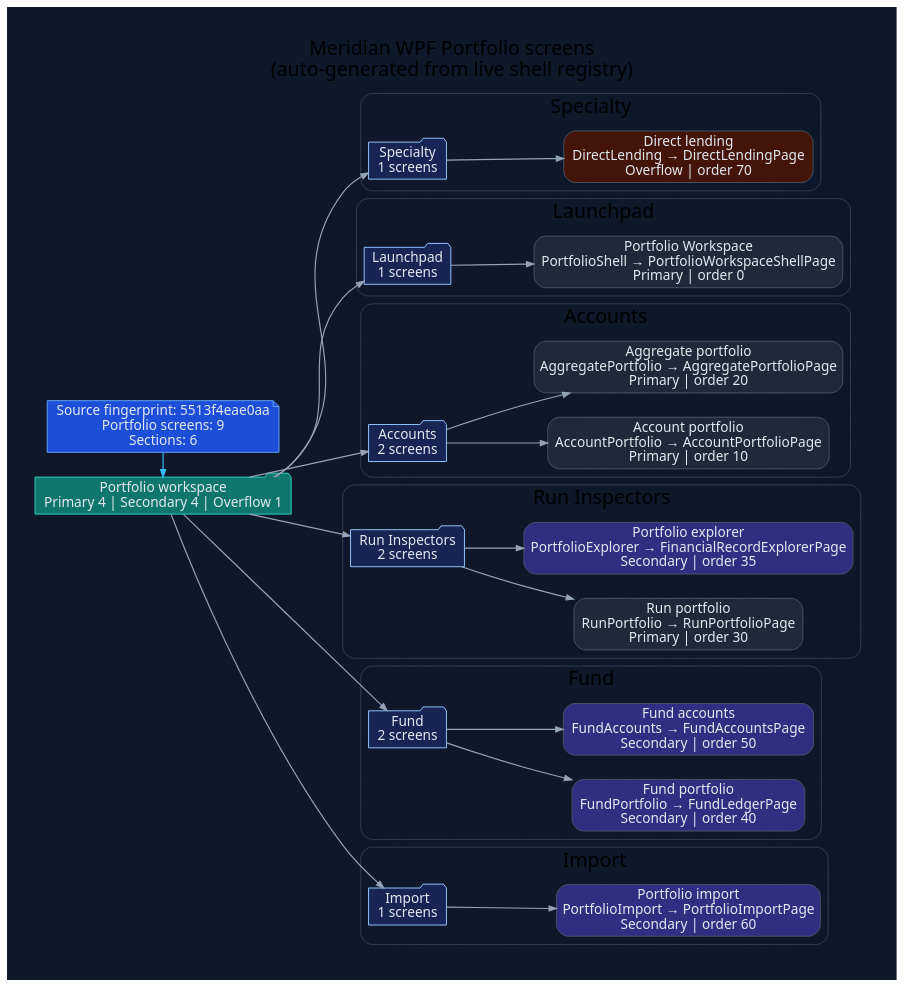
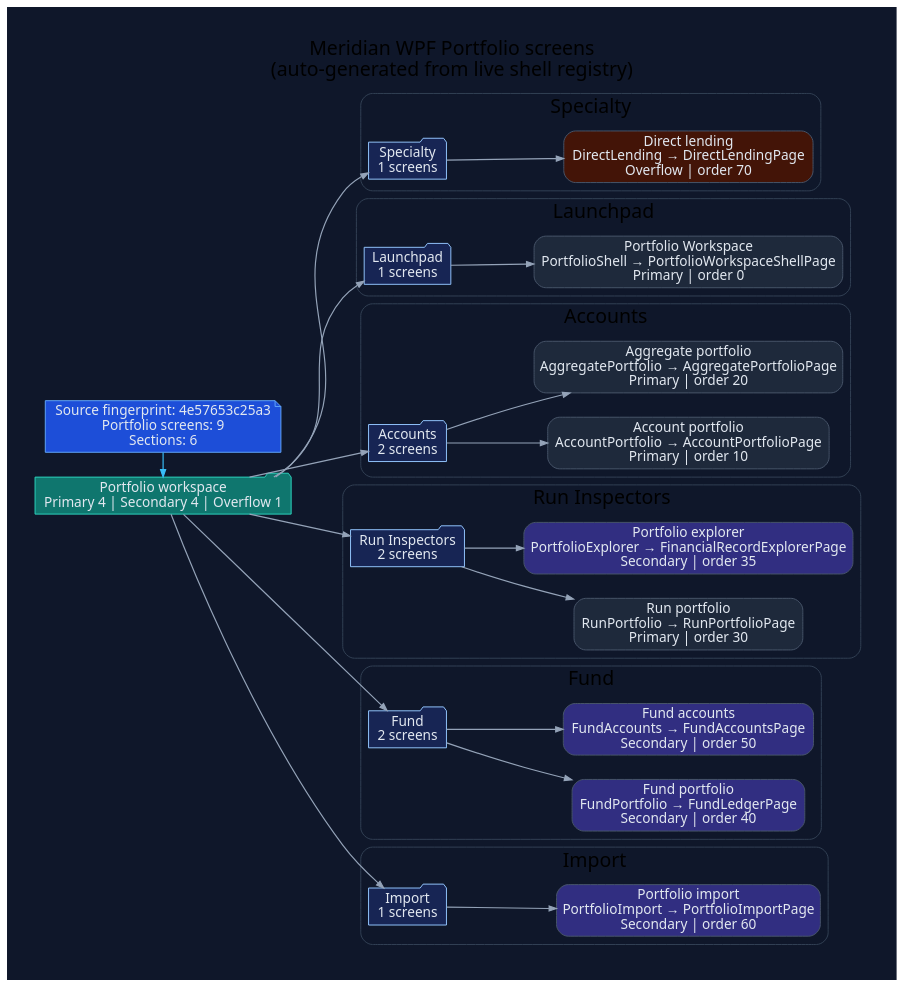
One commit to rodoHasArrived/Meridian-main changed the diagram in docs/diagrams/ui-wpf-screens-portfolio.dot. Above: the diagram before and after it, drawn with Graphviz. The commit also changed 107 other files, not shown here.

First line of the commit message:
docs(generated): refresh references, diagrams and coverage after merging the base

```diff
--- a/docs/diagrams/ui-wpf-screens-portfolio.dot
+++ b/docs/diagrams/ui-wpf-screens-portfolio.dot
@@ -1,92 +1,92 @@
 // -----------------------------------------------------------------------------
 // <auto-generated>
 // Generated by scripts/generate-diagrams.mjs.
 // Do not edit this file directly; update the WPF source files instead.
 // -----------------------------------------------------------------------------
 digraph WpfPortfolioScreens {
   graph [
     rankdir=LR,
     labelloc=t,
     label="Meridian WPF Portfolio screens\n(auto-generated from live shell registry)",
     fontname="Segoe UI",
     fontsize=20,
     pad=0.4,
     nodesep=0.35,
     ranksep=0.85,
     bgcolor="#0f172a"
   ];
   node [fontname="Segoe UI", shape=box, style="rounded,filled", color="#475569", fontcolor="#e2e8f0", fillcolor="#1e293b"];
   edge [fontname="Segoe UI", color="#94a3b8", penwidth=1.2, arrowsize=0.75];
 
-  generated [shape=note, fillcolor="#1d4ed8", color="#60a5fa", label="Source fingerprint: 5513f4eae0aa\nPortfolio screens: 9\nSections: 6"];
+  generated [shape=note, fillcolor="#1d4ed8", color="#60a5fa", label="Source fingerprint: 4e57653c25a3\nPortfolio screens: 9\nSections: 6"];
   workspace [shape=folder, fillcolor="#0f766e", color="#2dd4bf", label="Portfolio workspace\nPrimary 4 | Secondary 4 | Overflow 1"];
   generated -> workspace [color="#38bdf8"];
 
   subgraph cluster_section_1 {
     label="Specialty";
     color="#334155";
     style="rounded";
     section_1 [shape=folder, fillcolor="#172554", color="#93c5fd", label="Specialty\n1 screens"];
     workspace -> section_1;
     screen_DirectLending [fillcolor="#431407", label="Direct lending\nDirectLending → DirectLendingPage\nOverflow | order 70"];
     section_1 -> screen_DirectLending;
   }
 
   subgraph cluster_section_2 {
     label="Launchpad";
     color="#334155";
     style="rounded";
     section_2 [shape=folder, fillcolor="#172554", color="#93c5fd", label="Launchpad\n1 screens"];
     workspace -> section_2;
     screen_PortfolioShell [fillcolor="#1e293b", label="Portfolio Workspace\nPortfolioShell → PortfolioWorkspaceShellPage\nPrimary | order 0"];
     section_2 -> screen_PortfolioShell;
   }
 
   subgraph cluster_section_3 {
     label="Accounts";
     color="#334155";
     style="rounded";
     section_3 [shape=folder, fillcolor="#172554", color="#93c5fd", label="Accounts\n2 screens"];
     workspace -> section_3;
     screen_AccountPortfolio [fillcolor="#1e293b", label="Account portfolio\nAccountPortfolio → AccountPortfolioPage\nPrimary | order 10"];
     section_3 -> screen_AccountPortfolio;
     screen_AggregatePortfolio [fillcolor="#1e293b", label="Aggregate portfolio\nAggregatePortfolio → AggregatePortfolioPage\nPrimary | order 20"];
     section_3 -> screen_AggregatePortfolio;
   }
 
   subgraph cluster_section_4 {
     label="Run Inspectors";
     color="#334155";
     style="rounded";
     section_4 [shape=folder, fillcolor="#172554", color="#93c5fd", label="Run Inspectors\n2 screens"];
     workspace -> section_4;
     screen_RunPortfolio [fillcolor="#1e293b", label="Run portfolio\nRunPortfolio → RunPortfolioPage\nPrimary | order 30"];
     section_4 -> screen_RunPortfolio;
     screen_PortfolioExplorer [fillcolor="#312e81", label="Portfolio explorer\nPortfolioExplorer → FinancialRecordExplorerPage\nSecondary | order 35"];
     section_4 -> screen_PortfolioExplorer;
   }
 
   subgraph cluster_section_5 {
     label="Fund";
     color="#334155";
     style="rounded";
     section_5 [shape=folder, fillcolor="#172554", color="#93c5fd", label="Fund\n2 screens"];
     workspace -> section_5;
     screen_FundPortfolio [fillcolor="#312e81", label="Fund portfolio\nFundPortfolio → FundLedgerPage\nSecondary | order 40"];
     section_5 -> screen_FundPortfolio;
     screen_FundAccounts [fillcolor="#312e81", label="Fund accounts\nFundAccounts → FundAccountsPage\nSecondary | order 50"];
     section_5 -> screen_FundAccounts;
   }
 
   subgraph cluster_section_6 {
     label="Import";
     color="#334155";
     style="rounded";
     section_6 [shape=folder, fillcolor="#172554", color="#93c5fd", label="Import\n1 screens"];
     workspace -> section_6;
     screen_PortfolioImport [fillcolor="#312e81", label="Portfolio import\nPortfolioImport → PortfolioImportPage\nSecondary | order 60"];
     section_6 -> screen_PortfolioImport;
   }
 
   { rank=min; generated; workspace; }
 }
```
